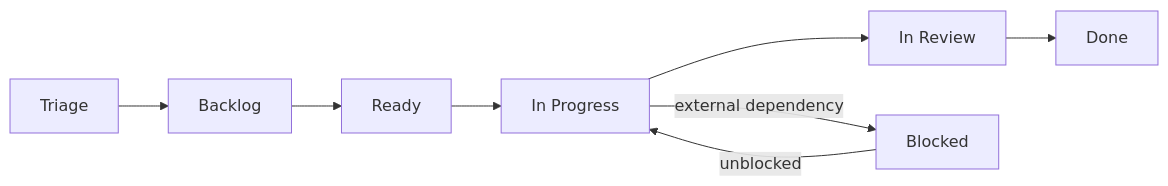
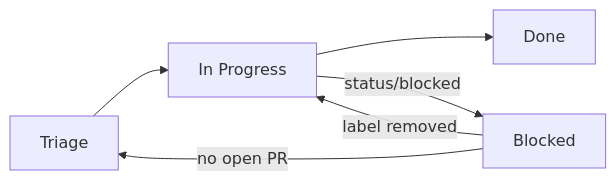
The diagram in development/PROJECT_BOARD.md (mcp-hangar/docs), drawn with Mermaid before and after one commit. The commit also changed other lines of this file, not shown here.

````diff
--- a/development/PROJECT_BOARD.md
+++ b/development/PROJECT_BOARD.md
@@ -20,7 +20,7 @@
 ```mermaid
 flowchart LR
-    triage["Triage"] --> backlog["Backlog"] --> ready["Ready"] --> progress["In Progress"]
-    progress --> review["In Review"] --> done["Done"]
-    progress -->|external dependency| blocked["Blocked"]
-    blocked -->|unblocked| progress
+    triage["Triage"] --> progress["In Progress"] --> done["Done"]
+    progress -->|status/blocked| blocked["Blocked"]
+    blocked -->|label removed| progress
+    blocked -->|no open PR| triage
 ```
````
